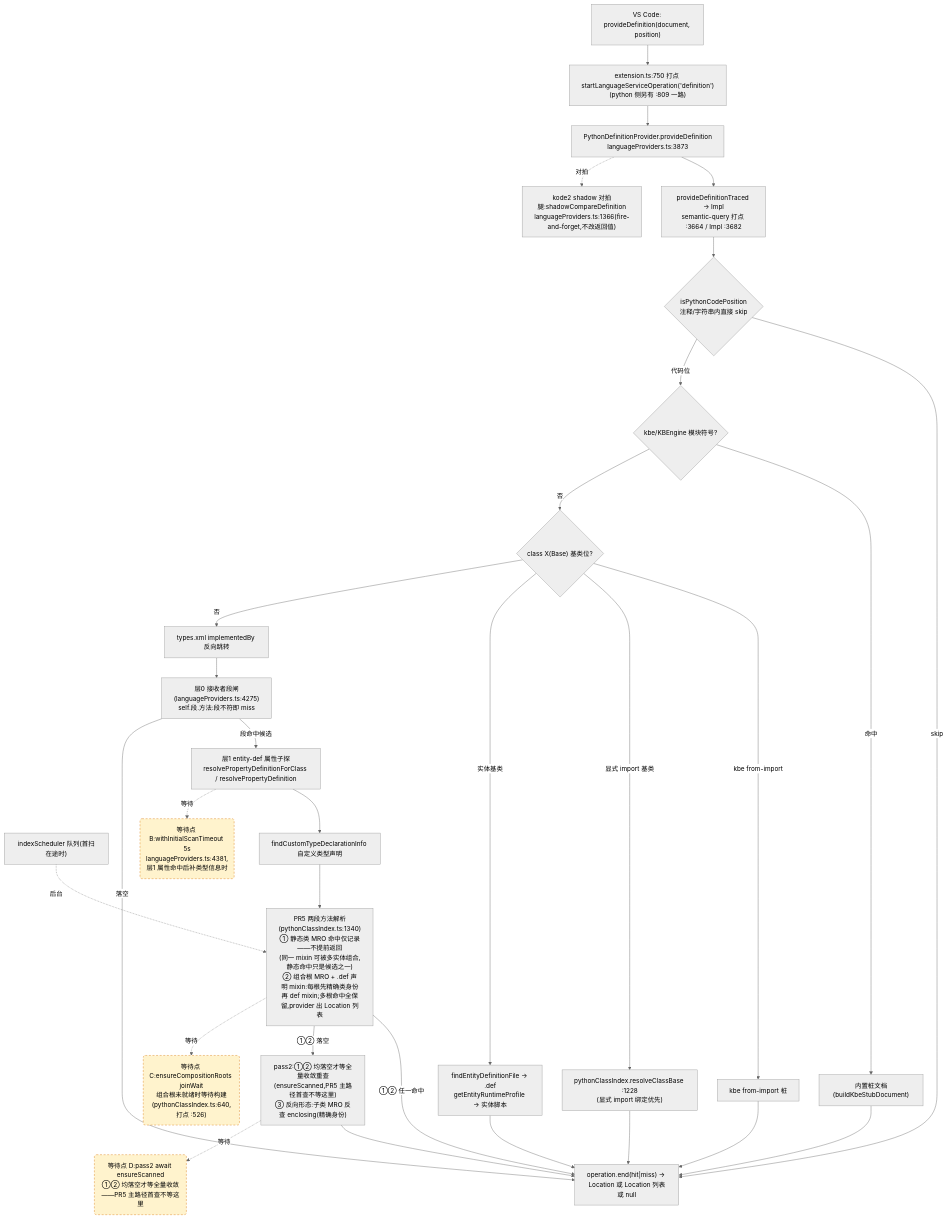
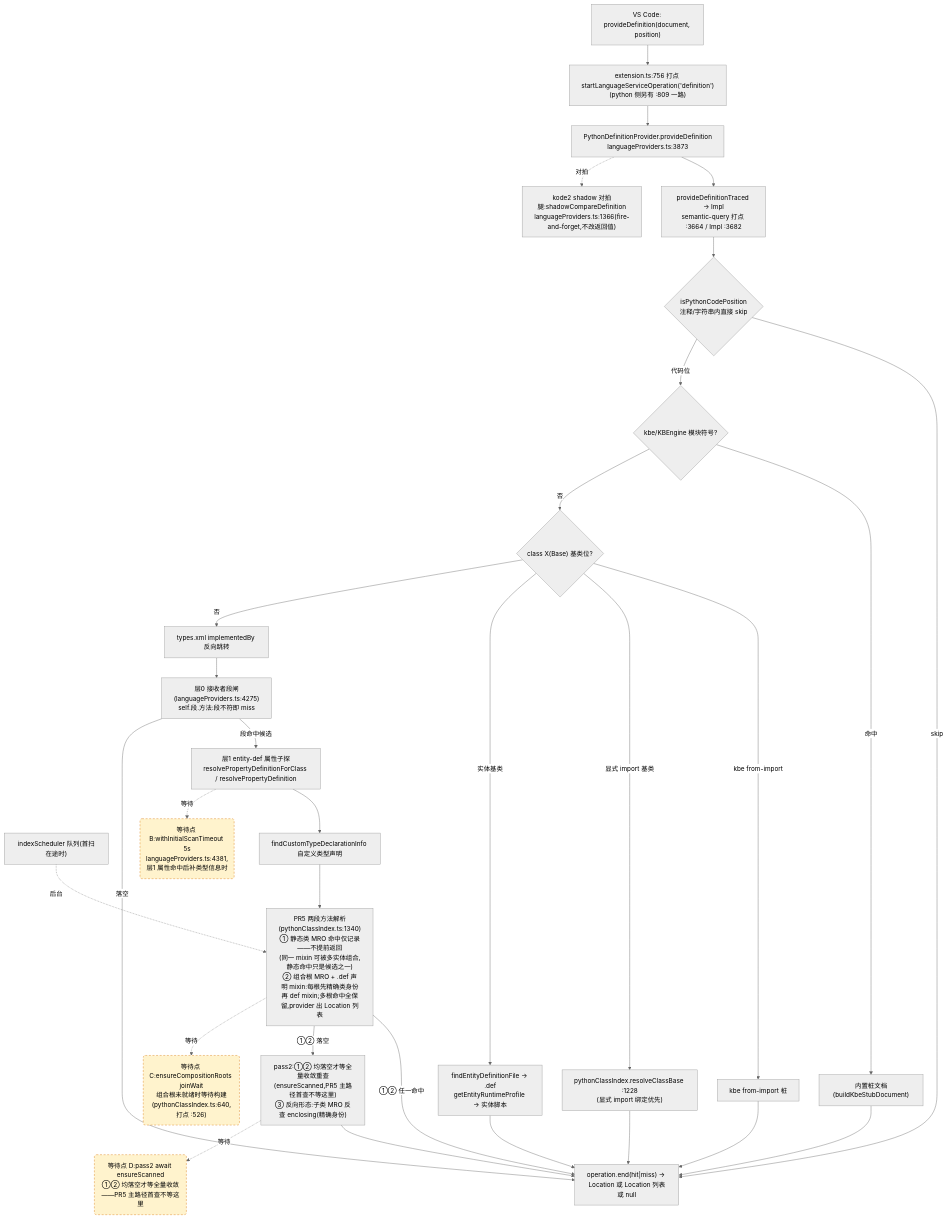
One commit to cuihairu/kode changed the second of 4 diagrams in docs/perf/2026-baseline.md. Above: the diagram before and after it, drawn with Mermaid (neutral theme). The commit also changed other lines of this file and 11 other files, not shown here.

````diff
--- a/docs/perf/2026-baseline.md
+++ b/docs/perf/2026-baseline.md
@@ -130,51 +130,51 @@
 ```mermaid
 flowchart TD
   VC2["VS Code: provideDefinition(document, position)"]
-  M2["extension.ts:750 打点 startLanguageServiceOperation('definition')<br/>(python 侧另有 :809 一路)"]
+  M2["extension.ts:756 打点 startLanguageServiceOperation('definition')<br/>(python 侧另有 :809 一路)"]
   AD2["PythonDefinitionProvider.provideDefinition<br/>languageProviders.ts:3873"]
   TR["provideDefinitionTraced → Impl<br/>semantic-query 打点 :3664 / Impl :3682"]
   CTX{"isPythonCodePosition<br/>注释/字符串内直接 skip"}
   KBE{"kbe/KBEngine 模块符号?"}
   STUB["内置桩文档(buildKbeStubDocument)"]
   CB{"class X(Base) 基类位?"}
   CB1["kbe from-import 桩"]
   CB2["pythonClassIndex.resolveClassBase :1228<br/>(显式 import 绑定优先)"]
   CB3["findEntityDefinitionFile → .def<br/>getEntityRuntimeProfile → 实体脚本"]
   REV["types.xml implementedBy 反向跳转"]
   L0["层0 接收者段闸(languageProviders.ts:4275)<br/>self.段.方法:段不符即 miss"]
   L1["层1 entity-def 属性子探<br/>resolvePropertyDefinitionForClass / resolvePropertyDefinition"]
   SCAN["indexScheduler 队列(首扫在途时)"]
   TY["findCustomTypeDeclarationInfo 自定义类型声明"]
   MRO["PR5 两段方法解析(pythonClassIndex.ts:1340)<br/>① 静态类 MRO 命中仅记录——不提前返回<br/>(同一 mixin 可被多实体组合,静态命中只是候选之一)<br/>② 组合根 MRO + .def 声明 mixin:每根先精确类身份<br/>再 def mixin;多根命中全保留,provider 出 Location 列表"]
   PASS2["pass2:①② 均落空才等全量收敛重查<br/>(ensureScanned,PR5 主路径首查不等这里)<br/>③ 反向形态:子类 MRO 反查 enclosing(精确身份)"]
   SHD["kode2 shadow 对拍腿:shadowCompareDefinition<br/>languageProviders.ts:1366(fire-and-forget,不改返回值)"]
   END2["operation.end(hit|miss) → Location 或 Location 列表或 null"]
 
   VC2 --> M2 --> AD2 --> TR --> CTX
   CTX -- "skip" --> END2
   CTX -- "代码位" --> KBE
   KBE -- "命中" --> STUB --> END2
   KBE -- "否" --> CB
   CB -- "kbe from-import" --> CB1 --> END2
   CB -- "显式 import 基类" --> CB2 --> END2
   CB -- "实体基类" --> CB3 --> END2
   CB -- "否" --> REV --> L0
   L0 -- "段命中候选" --> L1
   L0 -- "落空" --> END2
   L1 --> TY
   TY --> MRO
   MRO -- "①② 任一命中" --> END2
   MRO -- "①② 落空" --> PASS2 --> END2
   AD2 -.->|对拍| SHD
 
   WAITB("等待点 B:withInitialScanTimeout 5s<br/>languageProviders.ts:4381,层1 属性命中后补类型信息时")
   WAITC("等待点 C:ensureCompositionRoots joinWait<br/>组合根未就绪时等待构建(pythonClassIndex.ts:640,打点 :526)")
   WAITD("等待点 D:pass2 await ensureScanned<br/>①② 均落空才等全量收敛——PR5 主路径首查不等这里")
   L1 -.->|等待| WAITB
   MRO -.->|等待| WAITC
   PASS2 -.->|等待| WAITD
   SCAN -.->|后台| MRO
 
   classDef waitPoint fill:#fff3cd,stroke:#d97706,stroke-dasharray:5 4;
   class WAITB,WAITC,WAITD waitPoint;
 ```
````
